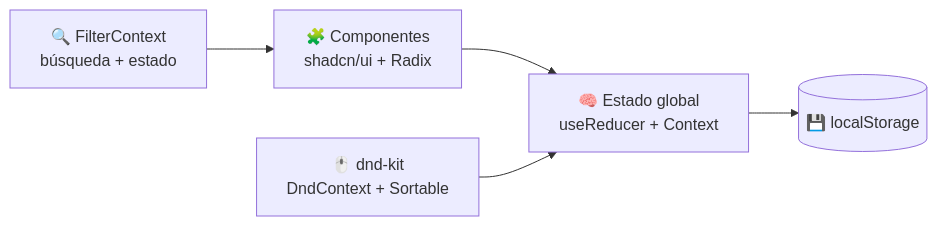
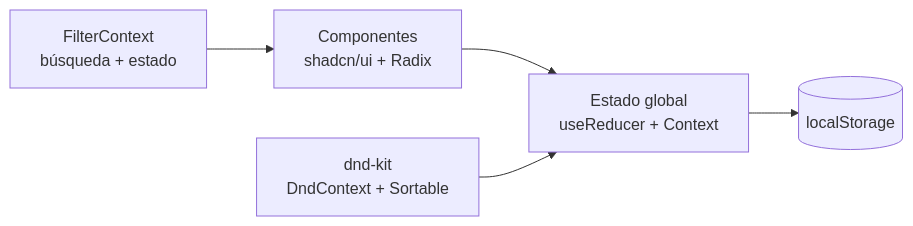
One commit to danielyatacoblas/trello-clone changed the diagram in README.md. Above: the diagram before and after it, drawn with Mermaid. The commit also changed other lines of this file, not shown here.

````diff
--- a/README.md
+++ b/README.md
@@ -42,7 +42,7 @@
 ```mermaid
 flowchart LR
-    UI["🧩 Componentes<br/>shadcn/ui + Radix"] --> Ctx["🧠 Estado global<br/>useReducer + Context"]
-    Ctx --> LS[("💾 localStorage")]
-    DND["🖱️ dnd-kit<br/>DndContext + Sortable"] --> Ctx
-    F["🔍 FilterContext<br/>búsqueda + estado"] --> UI
+    UI["Componentes<br/>shadcn/ui + Radix"] --> Ctx["Estado global<br/>useReducer + Context"]
+    Ctx --> LS[("localStorage")]
+    DND["dnd-kit<br/>DndContext + Sortable"] --> Ctx
+    F["FilterContext<br/>búsqueda + estado"] --> UI
 ```
````
